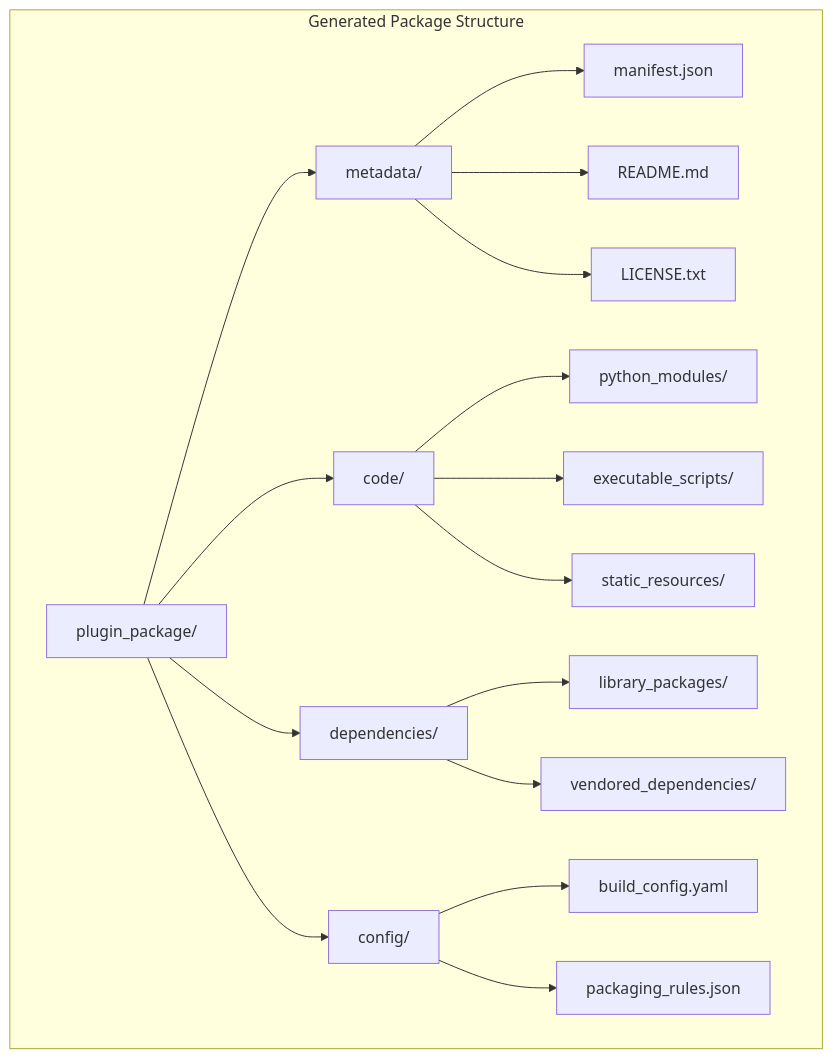
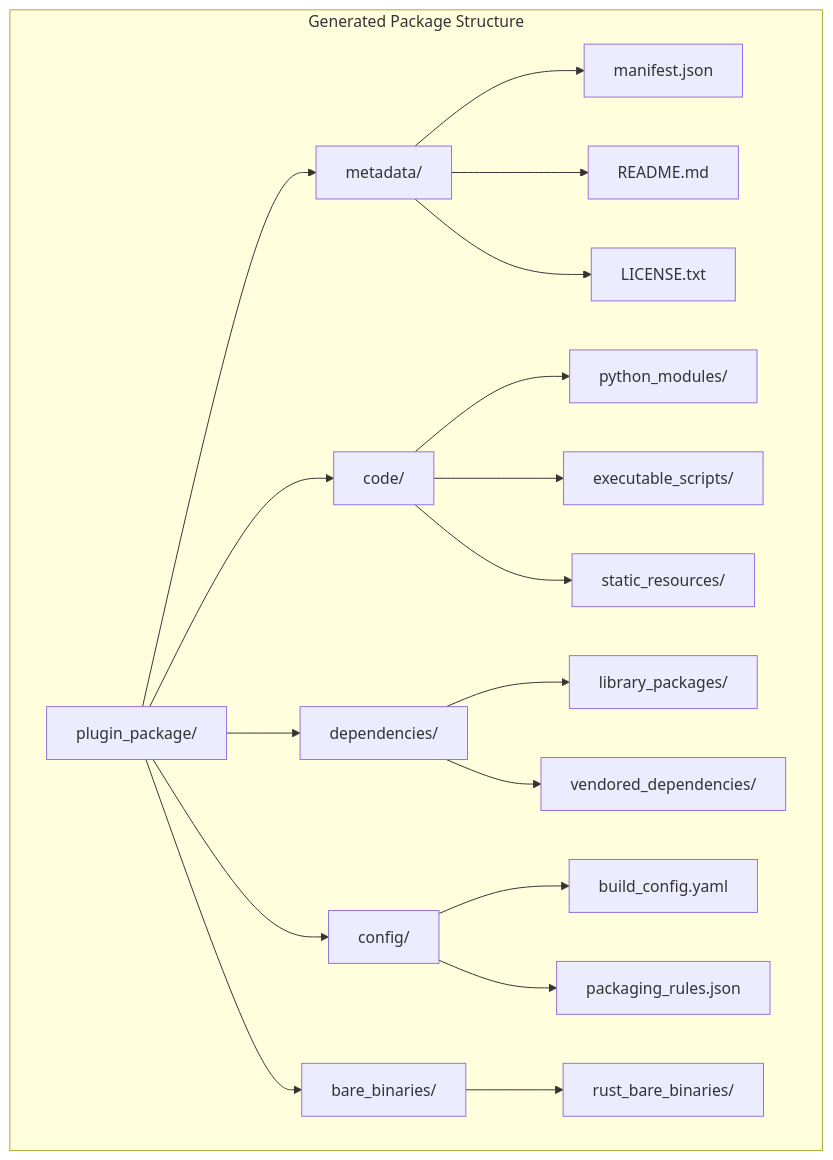
Before and after one commit to numan-cli/numan-plugins: the sixth of 8 diagrams in .qoder/repowiki/en/content/Core Components/Plugin Packaging System.md, drawn with Mermaid. The commit also changed other lines of this file and 17 other files, not shown here.

````diff
--- a/.qoder/repowiki/en/content/Core Components/Plugin Packaging System.md
+++ b/.qoder/repowiki/en/content/Core Components/Plugin Packaging System.md
@@ -286,24 +288,27 @@
 ```mermaid
 graph TB
 subgraph "Generated Package Structure"
 ROOT[plugin_package/]
 META[metadata/]
 CODE[code/]
 DEPS[dependencies/]
 CONFIG[config/]
+BINS[bare_binaries/]
 META --> MANIFEST[manifest.json]
 META --> README[README.md]
 META --> LICENSE[LICENSE.txt]
 CODE --> MODULES[python_modules/]
 CODE --> SCRIPTS[executable_scripts/]
 CODE --> RESOURCES[static_resources/]
 DEPS --> LIBS[library_packages/]
 DEPS --> VENDORED[vendored_dependencies/]
 CONFIG --> BUILD[build_config.yaml]
 CONFIG --> RULES[packaging_rules.json]
+BINS --> RUST_BINS[rust_bare_binaries/]
 end
 ROOT --> META
 ROOT --> CODE
 ROOT --> DEPS
 ROOT --> CONFIG
+ROOT --> BINS
 ```
````
